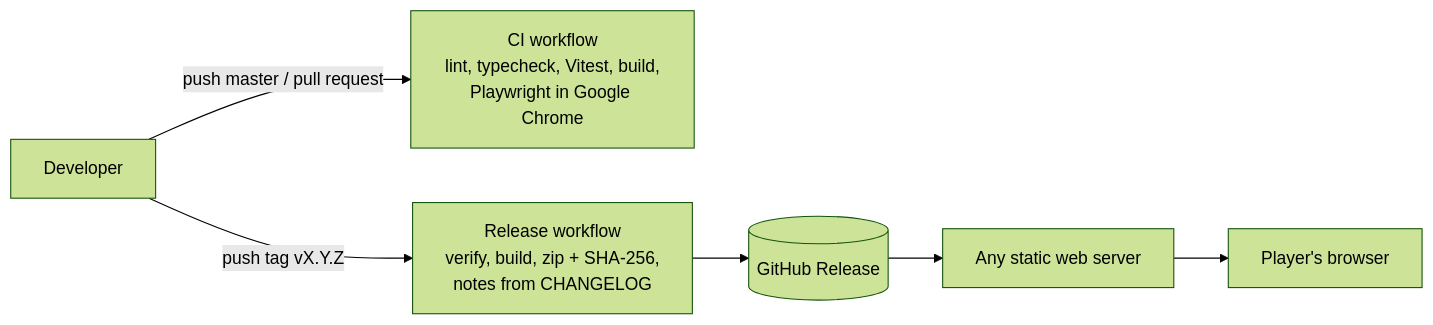
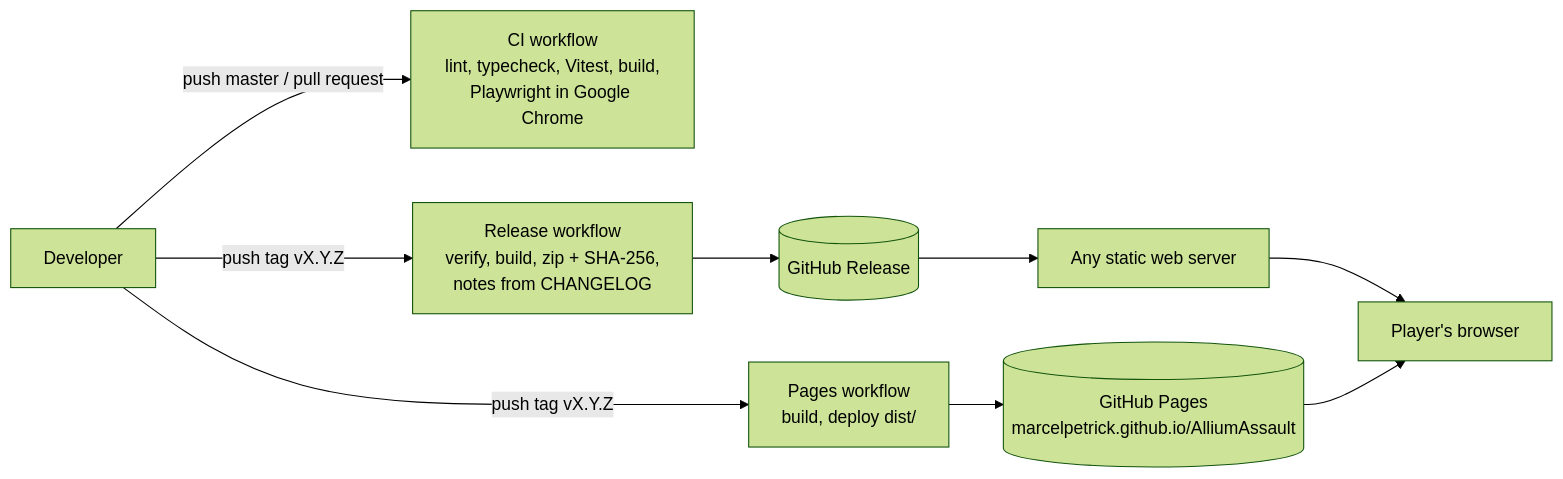
The ninth of 9 diagrams in docs/ARCHITECTURE.md (marcelpetrick/AlliumAssault), drawn with Mermaid (forest theme) before and after one commit. The commit also changed other lines of this file and 7 other files, not shown here.

````diff
--- a/docs/ARCHITECTURE.md
+++ b/docs/ARCHITECTURE.md
@@ -240,8 +257,11 @@
 ```mermaid
 flowchart LR
   dev["Developer"] -- "push master / pull request" --> ci["CI workflow<br/>lint, typecheck, Vitest, build,<br/>Playwright in Google Chrome"]
   dev -- "push tag vX.Y.Z" --> rel["Release workflow<br/>verify, build, zip + SHA-256,<br/>notes from CHANGELOG"]
+  dev -- "push tag vX.Y.Z" --> pages["Pages workflow<br/>build, deploy dist/"]
+  pages --> site[("GitHub Pages<br/>marcelpetrick.github.io/AlliumAssault")]
   rel --> release[("GitHub Release")]
   release --> host["Any static web server"]
   host --> browser["Player's browser"]
+  site --> browser
 ```
````
